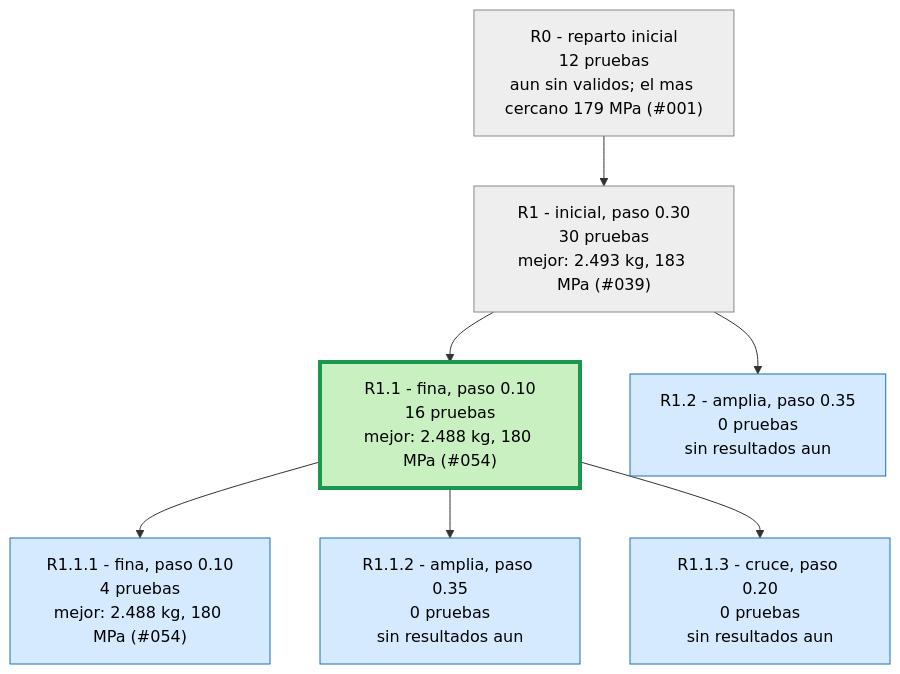
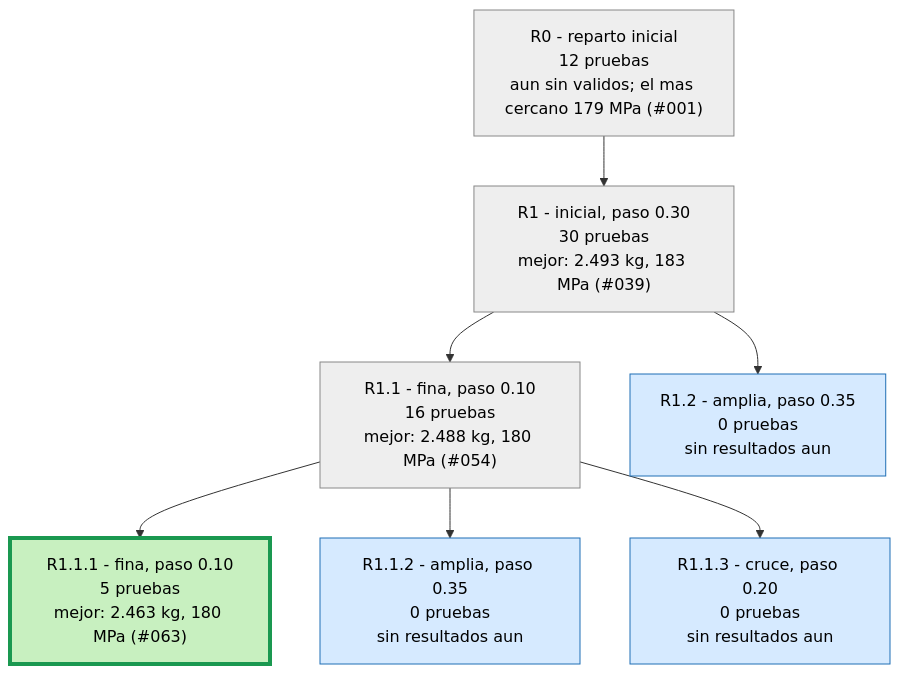
One commit to Hugiko/msd-soporte-optimizacion changed the second of 3 diagrams in runs/opt_37800N/ARBOL.md. Above: the diagram before and after it, drawn with Mermaid. The commit also changed 43 other files, not shown here.

Commit message:
NUEVO MEJOR DISENO: 2.463 kg, 180 MPa (Refuerzo + vaciado 063)

````diff
--- a/runs/opt_37800N/ARBOL.md
+++ b/runs/opt_37800N/ARBOL.md
@@ -21,19 +21,19 @@
 ```mermaid
 graph TD
 classDef activa fill:#d6eaff,stroke:#1f6fb5,color:#000
 classDef fin fill:#eeeeee,stroke:#888,color:#000
 classDef mejor fill:#c8f0c0,stroke:#1a9850,stroke-width:4px,color:#000
 R0["R0 - reparto inicial<br/>12 pruebas<br/>aun sin validos; el mas cercano 179 MPa (#001)"]:::fin
 R1["R1 - inicial, paso 0.30<br/>30 pruebas<br/>mejor: 2.493 kg, 183 MPa (#039)"]:::fin
 R0 --> R1
-R1_1["R1.1 - fina, paso 0.10<br/>16 pruebas<br/>mejor: 2.488 kg, 180 MPa (#054)"]:::mejor
+R1_1["R1.1 - fina, paso 0.10<br/>16 pruebas<br/>mejor: 2.488 kg, 180 MPa (#054)"]:::fin
 R1 --> R1_1
 R1_2["R1.2 - amplia, paso 0.35<br/>0 pruebas<br/>sin resultados aun"]:::activa
 R1 --> R1_2
-R1_1_1["R1.1.1 - fina, paso 0.10<br/>4 pruebas<br/>mejor: 2.488 kg, 180 MPa (#054)"]:::activa
+R1_1_1["R1.1.1 - fina, paso 0.10<br/>5 pruebas<br/>mejor: 2.463 kg, 180 MPa (#063)"]:::mejor
 R1_1 --> R1_1_1
 R1_1_2["R1.1.2 - amplia, paso 0.35<br/>0 pruebas<br/>sin resultados aun"]:::activa
 R1_1 --> R1_1_2
 R1_1_3["R1.1.3 - cruce, paso 0.20<br/>0 pruebas<br/>sin resultados aun"]:::activa
 R1_1 --> R1_1_3
 ```
````
